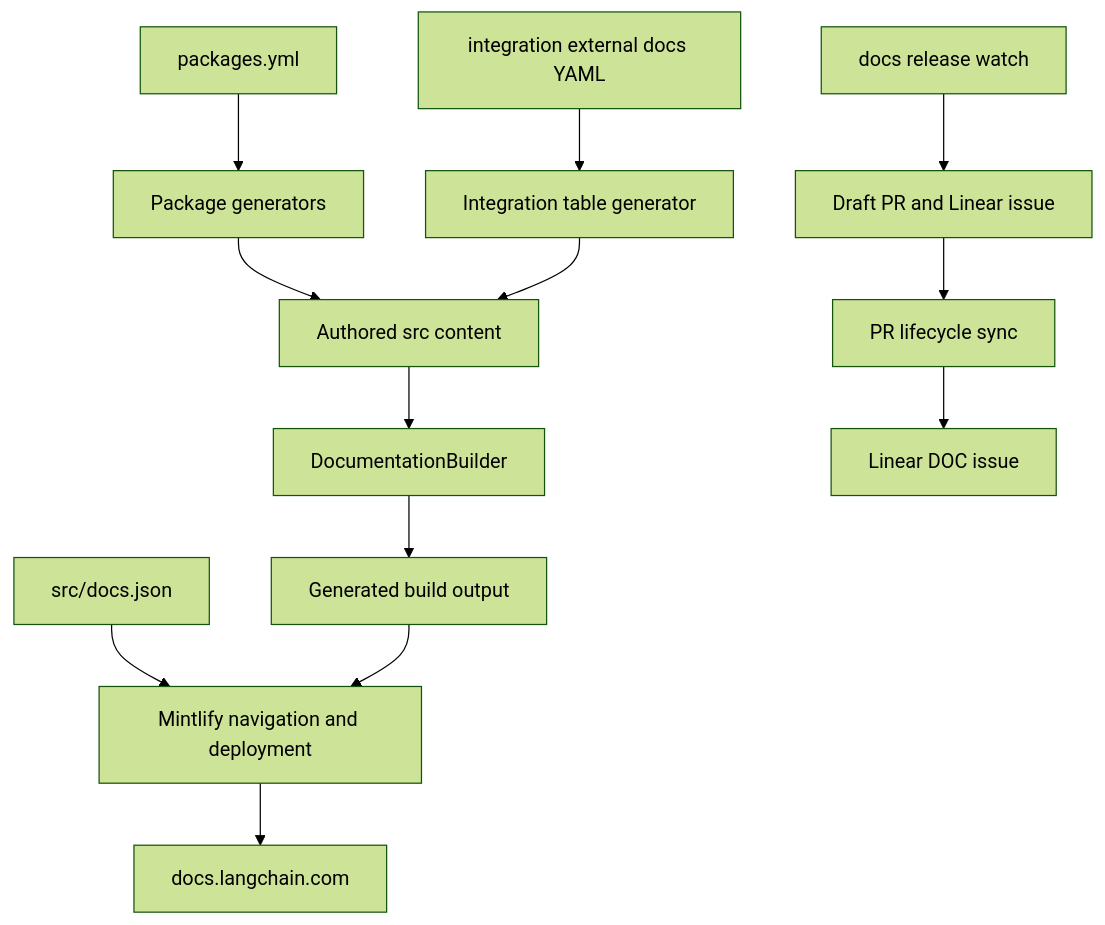
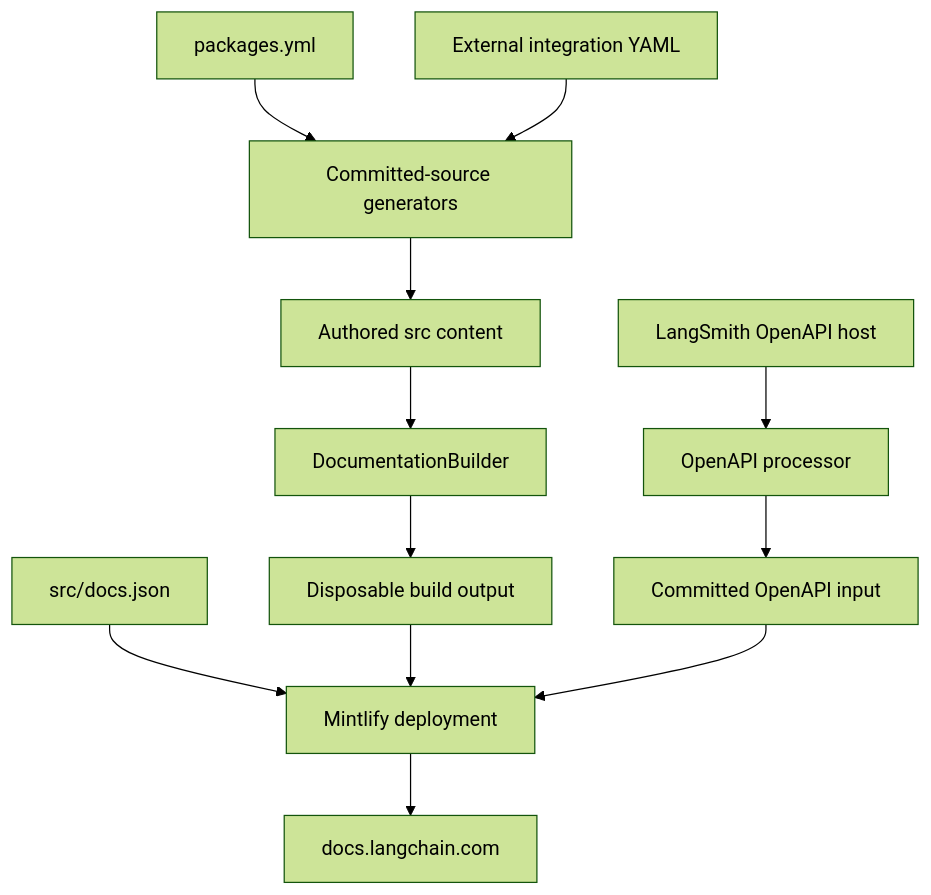
Before and after one commit to rishi-raj-jain/docs-1: the diagram in openwiki/architecture/source-map.md, drawn with Mermaid (forest theme). The commit also changed other lines of this file and 33 other files, not shown here.

````diff
--- a/openwiki/architecture/source-map.md
+++ b/openwiki/architecture/source-map.md
@@ -73,15 +67,14 @@
 ```mermaid
 flowchart TD
-    Authored["Authored src content"] --> Builder["DocumentationBuilder"]
-    Builder --> Output["Generated build output"]
-    Config["src/docs.json"] --> Mintlify["Mintlify navigation and deployment"]
-    Output --> Mintlify
-    Packages["packages.yml"] --> PackageGenerators["Package generators"]
-    ExternalData["integration external docs YAML"] --> IntegrationGenerator["Integration table generator"]
-    PackageGenerators --> Authored
-    IntegrationGenerator --> Authored
+    Source["Authored src content"] --> Builder["DocumentationBuilder"]
+    Builder --> Build["Disposable build output"]
+    Config["src/docs.json"] --> Mintlify["Mintlify deployment"]
+    Build --> Mintlify
     Mintlify --> Site["docs.langchain.com"]
-    ReleaseWatch["docs release watch"] --> DraftPR["Draft PR and Linear issue"]
-    DraftPR --> LinearSync["PR lifecycle sync"]
-    LinearSync --> Linear["Linear DOC issue"]
+    Packages["packages.yml"] --> Generators["Committed-source generators"]
+    External["External integration YAML"] --> Generators
+    Generators --> Source
+    Upstream["LangSmith OpenAPI host"] --> Processor["OpenAPI processor"]
+    Processor --> Spec["Committed OpenAPI input"]
+    Spec --> Mintlify
 ```
````
